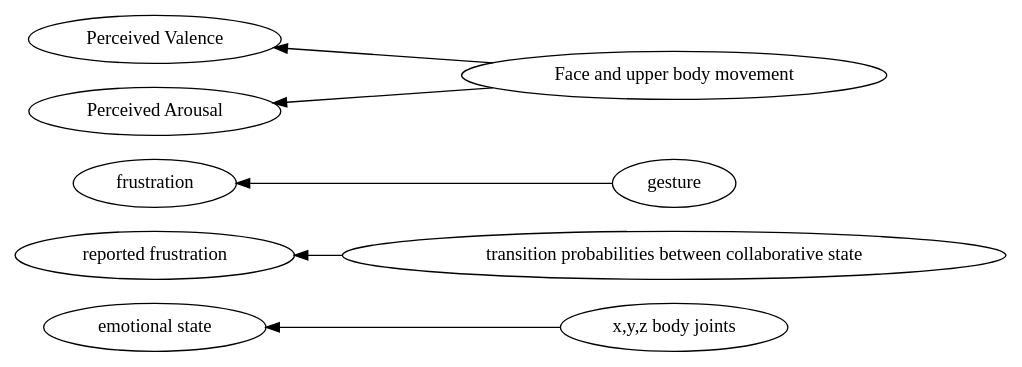
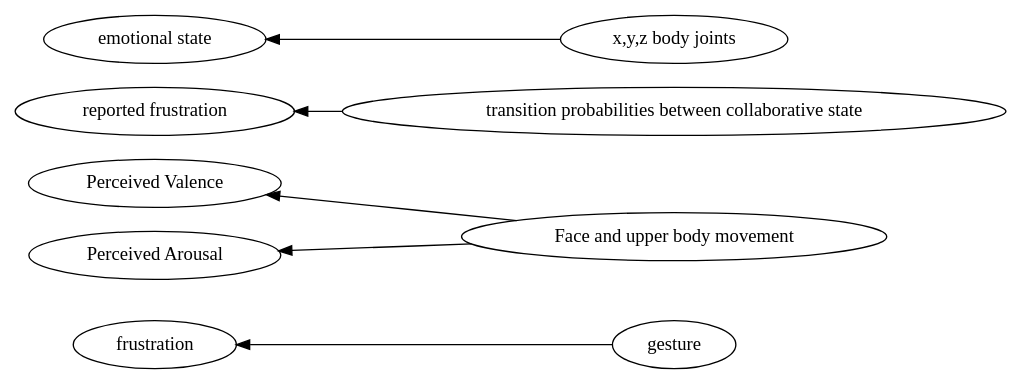
One commit to hgse-schneider/mmca changed the diagram in graphviz/Body -> affective.gv. Above: the diagram before and after it, drawn with Graphviz. The commit also changed 174 other files, not shown here.

```diff
--- a/graphviz/Body -> affective.gv
+++ b/graphviz/Body -> affective.gv
@@ -1,18 +1,18 @@
 digraph Test {
 	rankdir=RL
 	size="15,15"
 	overlap=false
 	splines=true
-	{rank=same; "x,y,z body joints" "transition probabilities between collaborative state" "gesture" "Face and upper body movement";}
-	{rank=same; "frustration" "emotional state" "Perceived Valence" "reported frustration" "Perceived Arousal";}
-	gesture [href="https://scholar.google.com/scholar?hl=en&q=An%20Interactive%20Table%20for%20Supporting%20Participation%20Balance%20in%20Face-to-Face%20Collaborative%20Learning"]
+	{rank=same; "gesture" "Face and upper body movement" "transition probabilities between collaborative state" "x,y,z body joints";}
+	{rank=same; "reported frustration" "Perceived Valence" "emotional state" "Perceived Arousal" "frustration";}
+	gesture [href="https://scholar.google.com/scholar?hl=en&q=The%20Additive%20Value%20of%20Multimodal%20Features%20for%20Predicting%20Engagement,%20Frustration,%20and%20Learning%20during%20Tutoring"]
 	gesture -> frustration
-	"Face and upper body movement" [href="https://scholar.google.com/scholar?hl=en&q=An%20Interactive%20Table%20for%20Supporting%20Participation%20Balance%20in%20Face-to-Face%20Collaborative%20Learning"]
+	"Face and upper body movement" [href="https://scholar.google.com/scholar?hl=en&q=Modeling%20Team-level%20Multimodal%20Dynamics%20during%20Multiparty%20Collaboration"]
 	"Face and upper body movement" -> "Perceived Valence"
-	"Face and upper body movement" [href="https://scholar.google.com/scholar?hl=en&q=An%20Interactive%20Table%20for%20Supporting%20Participation%20Balance%20in%20Face-to-Face%20Collaborative%20Learning"]
+	"Face and upper body movement" [href="https://scholar.google.com/scholar?hl=en&q=Modeling%20Team-level%20Multimodal%20Dynamics%20during%20Multiparty%20Collaboration"]
 	"Face and upper body movement" -> "Perceived Arousal"
-	"transition probabilities between collaborative state" [href="https://scholar.google.com/scholar?hl=en&q=An%20Interactive%20Table%20for%20Supporting%20Participation%20Balance%20in%20Face-to-Face%20Collaborative%20Learning"]
+	"transition probabilities between collaborative state" [href="https://scholar.google.com/scholar?hl=en&q=Using%20Motion%20Sensors%20to%20Understand%20Collaborative%20Interactions%20in%20Digital%20Fabrication%20Labs"]
 	"transition probabilities between collaborative state" -> "reported frustration"
-	"x,y,z body joints" [href="https://scholar.google.com/scholar?hl=en&q=An%20Interactive%20Table%20for%20Supporting%20Participation%20Balance%20in%20Face-to-Face%20Collaborative%20Learning"]
+	"x,y,z body joints" [href="https://scholar.google.com/scholar?hl=en&q=Machine%20learning%20classification%20of%20design%20team%20members’%20body%20language%20patterns%20for%20real%20time%20emotional%20state%20detection"]
 	"x,y,z body joints" -> "emotional state"
 }
```
